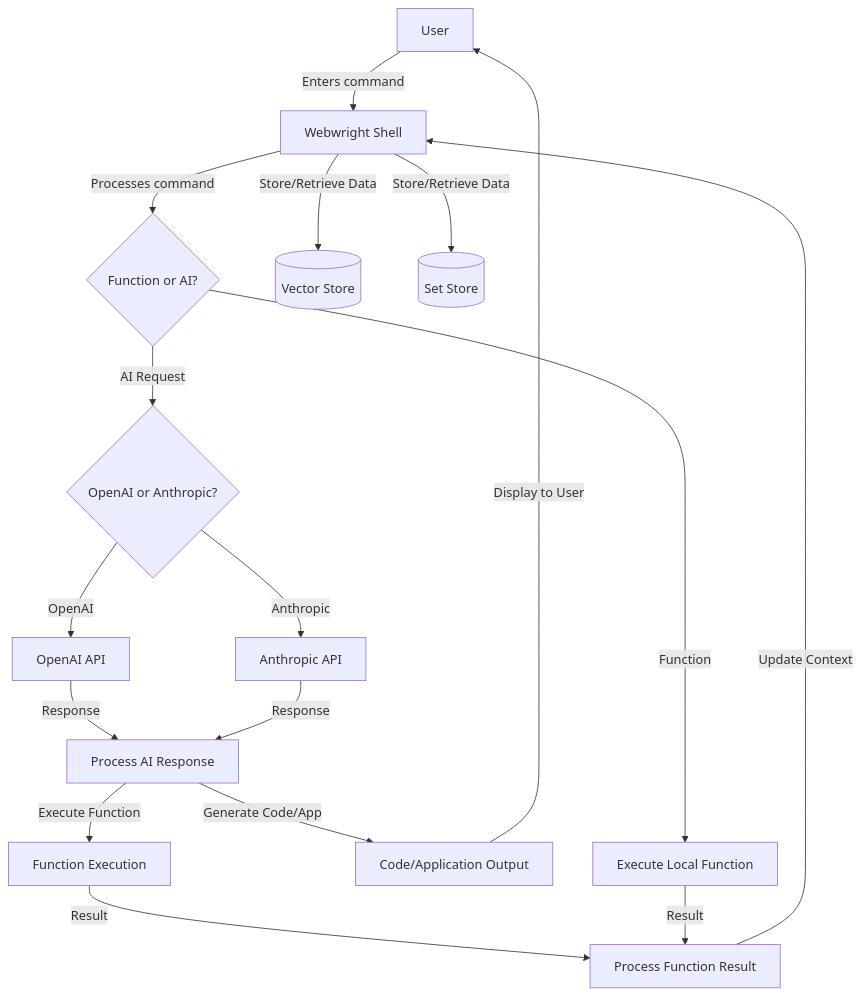
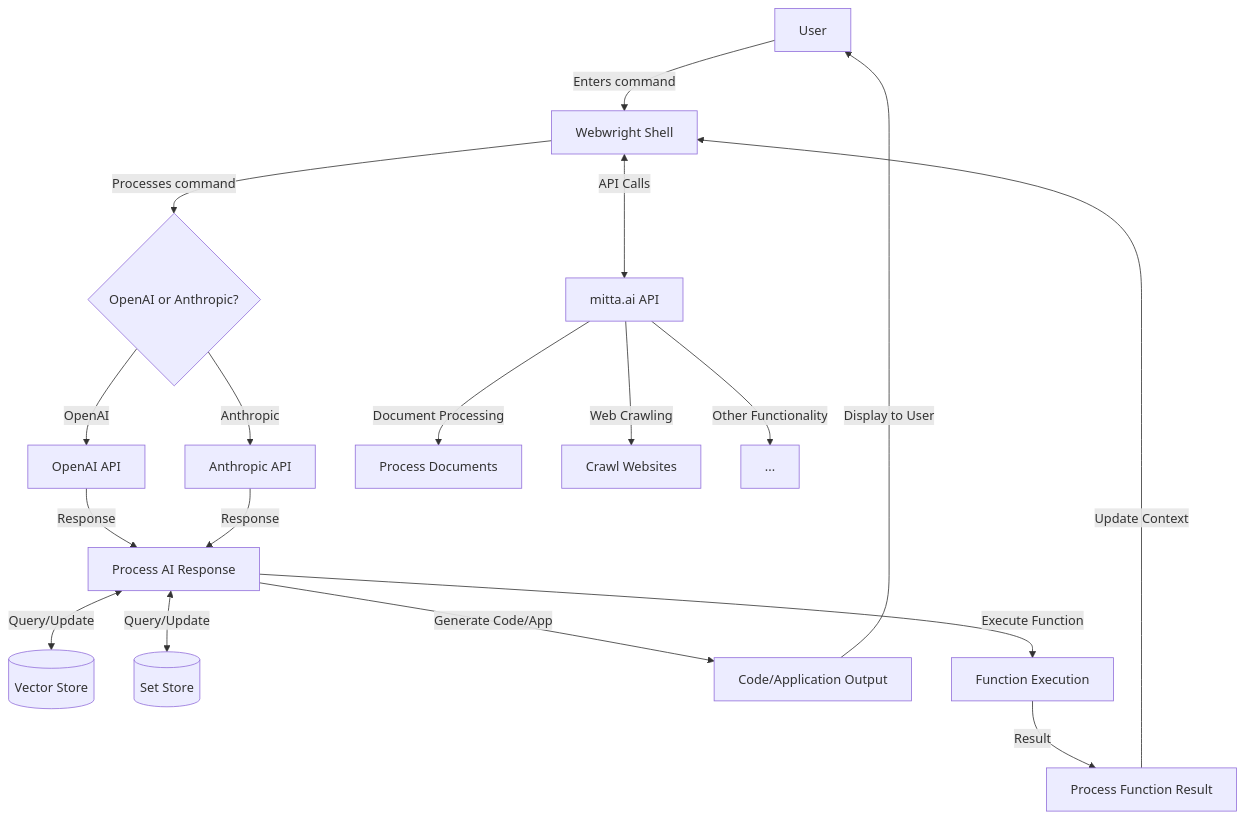
One commit to MittaAI/webwright changed the diagram in README.md. Above: the diagram before and after it, drawn with Mermaid.

````diff
--- a/README.md
+++ b/README.md
@@ -61,19 +61,20 @@
 ```mermaid
 graph TD
     A[User] -->|Enters command| B[Webwright Shell]
-    B -->|Processes command| C{Function or AI?}
-    C -->|Function| D[Execute Local Function]
-    C -->|AI Request| E{OpenAI or Anthropic?}
+    B -->|Processes command| E{OpenAI or Anthropic?}
     E -->|OpenAI| F[OpenAI API]
     E -->|Anthropic| G[Anthropic API]
     F -->|Response| H[Process AI Response]
     G -->|Response| H
+    H <-->|Query/Update| L[(Vector Store)]
+    H <-->|Query/Update| M[(Set Store)]
     H -->|Generate Code/App| I[Code/Application Output]
     H -->|Execute Function| J[Function Execution]
     J -->|Result| K[Process Function Result]
     K -->|Update Context| B
     I -->|Display to User| A
-    D -->|Result| K
-    B -->|Store/Retrieve Data| L[(Vector Store)]
-    B -->|Store/Retrieve Data| M[(Set Store)]
+    B <-->|API Calls| N[mitta.ai API]
+    N -->|Document Processing| O[Process Documents]
+    N -->|Web Crawling| P[Crawl Websites]
+    N -->|Other Functionality| Q[...]
 ```
````
